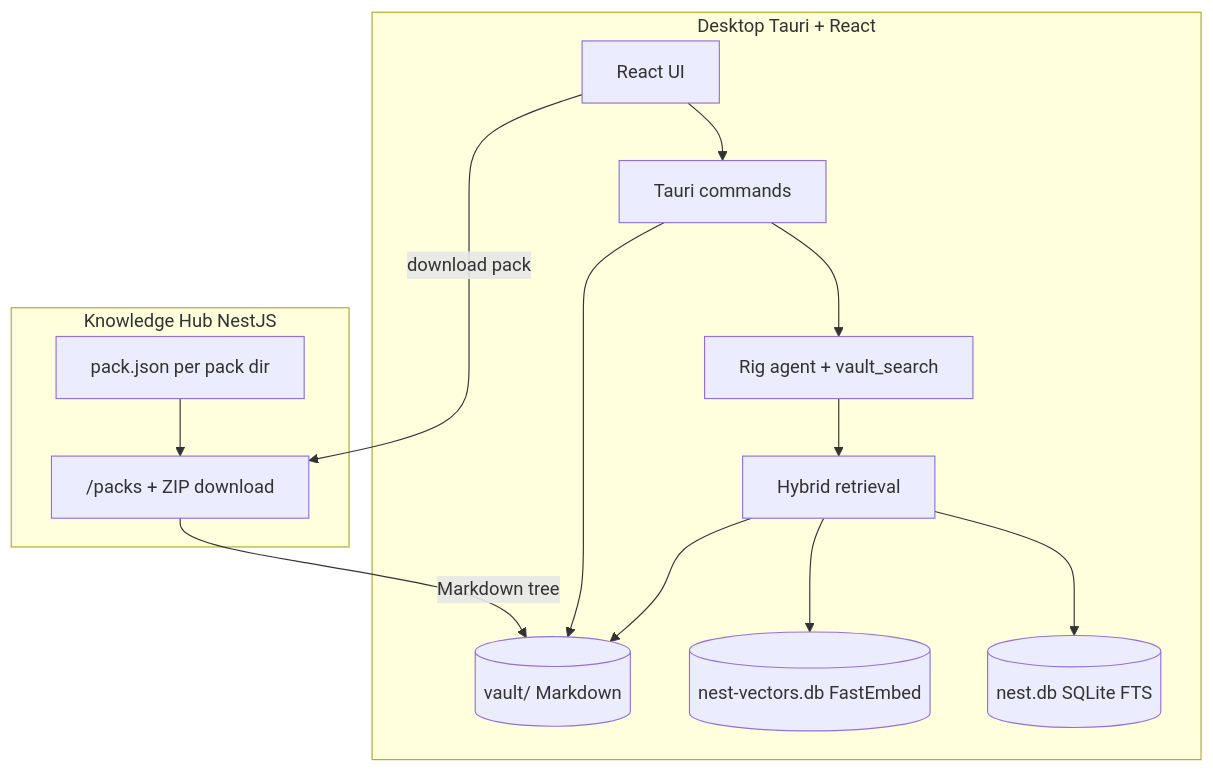
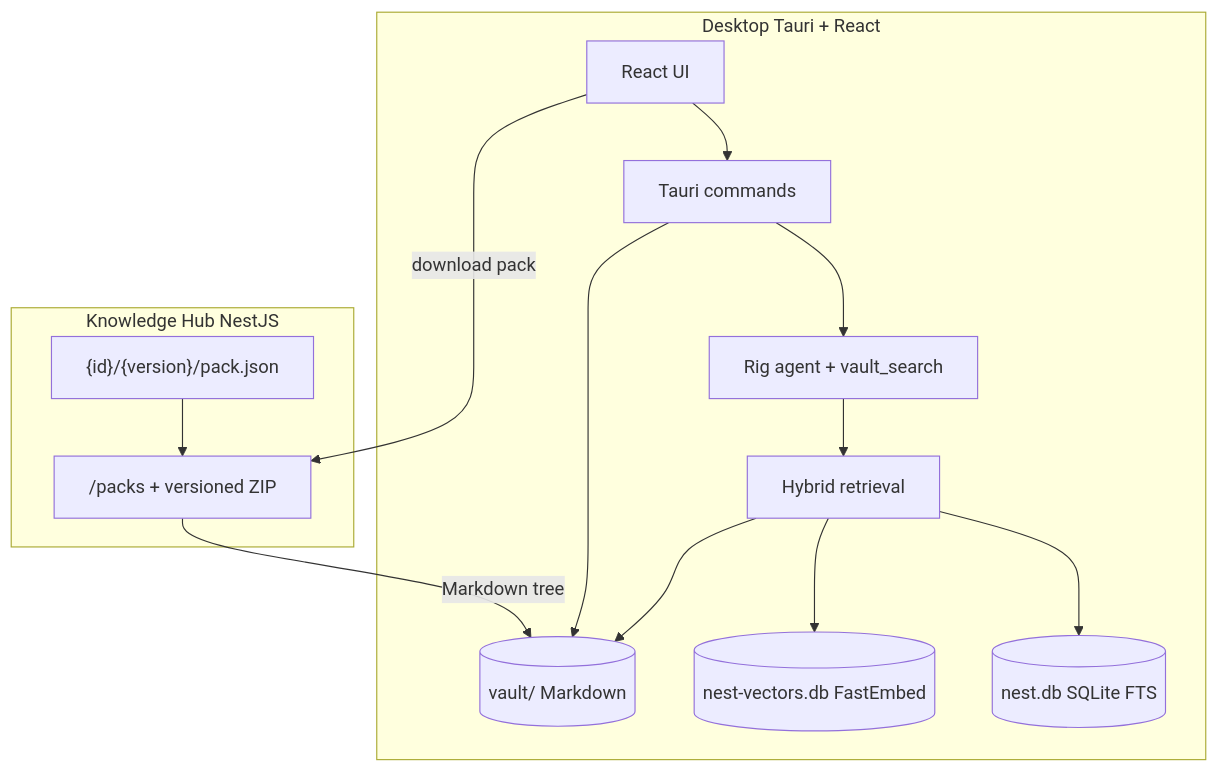
One commit to cyborgoat/nest changed the diagram in docs/architecture.md. Above: the diagram before and after it, drawn with Mermaid. The commit also changed other lines of this file and 37 other files, not shown here.

First line of the commit message:
Add PyPI-style versioned knowledge pack registry.

````diff
--- a/docs/architecture.md
+++ b/docs/architecture.md
@@ -5,28 +5,28 @@
 ```mermaid
 flowchart TB
   subgraph desktop [Desktop Tauri + React]
     UI[React UI]
     CMD[Tauri commands]
     Agent[Rig agent + vault_search]
     Retr[Hybrid retrieval]
     Vault[(vault/ Markdown)]
     SQL[(nest.db SQLite FTS)]
     Vec[(nest-vectors.db FastEmbed)]
     UI --> CMD
     CMD --> Agent
     CMD --> Vault
     Agent --> Retr
     Retr --> SQL
     Retr --> Vec
     Retr --> Vault
   end
 
   subgraph hub [Knowledge Hub NestJS]
-    Catalog[pack.json per pack dir]
-    API["/packs + ZIP download"]
+    Catalog["{id}/{version}/pack.json"]
+    API["/packs + versioned ZIP"]
     Catalog --> API
   end
 
   UI -->|"download pack"| API
   API -->|"Markdown tree"| Vault
 ```
````
